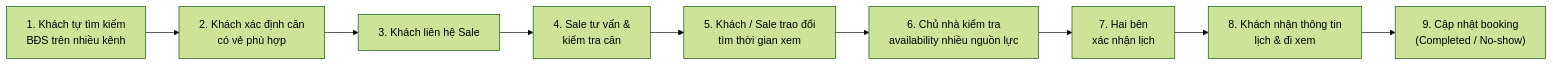
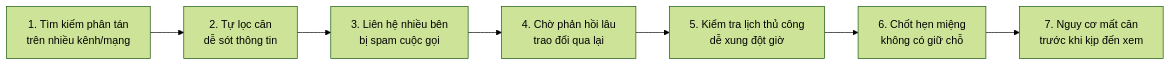
One commit to TaiHoang2501/P001 changed the third of 3 diagrams in DIagram/Current Journey Diagram.md. Above: the diagram before and after it, drawn with Mermaid (forest theme). The commit also changed other lines of this file and 11 other files, not shown here.

Commit message:
docs: align all diagrams, architecture, plan, tasks, backlog and claude with spec_updated v1.0

````diff
--- a/DIagram/Current Journey Diagram.md
+++ b/DIagram/Current Journey Diagram.md
@@ -5,11 +50,9 @@
 ```mermaid
 flowchart LR
-    S1["1. Khách tự tìm kiếm<br/>BĐS trên nhiều kênh"] --> S2["2. Khách xác định căn<br/>có vẻ phù hợp"]
-    S2 --> S3["3. Khách liên hệ Sale"]
-    S3 --> S4["4. Sale tư vấn &<br/>kiểm tra căn"]
-    S4 --> S5["5. Khách / Sale trao đổi<br/>tìm thời gian xem"]
-    S5 --> S6["6. Chủ nhà kiểm tra<br/>availability nhiều nguồn lực"]
-    S6 --> S7["7. Hai bên<br/>xác nhận lịch"]
-    S7 --> S8["8. Khách nhận thông tin<br/>lịch & đi xem"]
-    S8 --> S9["9. Cập nhật booking<br/>(Completed / No-show)"]
+    P1["1. Tìm kiếm phân tán<br/>trên nhiều kênh/mạng"] --> P2["2. Tự lọc căn<br/>dễ sót thông tin"]
+    P2 --> P3["3. Liên hệ nhiều bên<br/>bị spam cuộc gọi"]
+    P3 --> P4["4. Chờ phản hồi lâu<br/>trao đổi qua lại"]
+    P4 --> P5["5. Kiểm tra lịch thủ công<br/>dễ xung đột giờ"]
+    P5 --> P6["6. Chốt hẹn miệng<br/>không có giữ chỗ"]
+    P6 --> P7["7. Nguy cơ mất căn<br/>trước khi kịp đến xem"]
 ```
````
